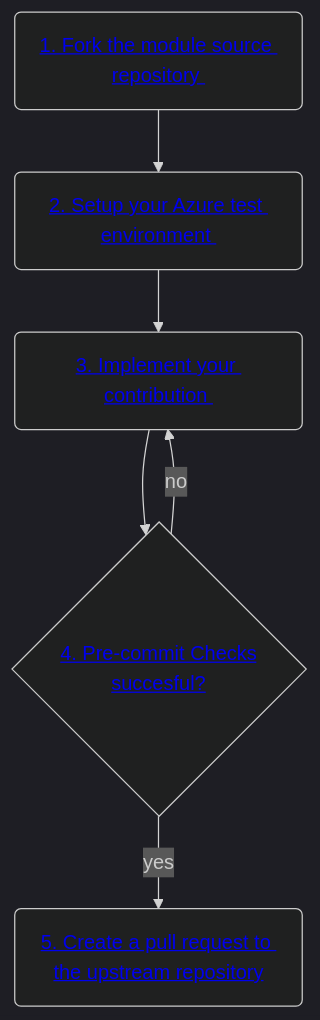
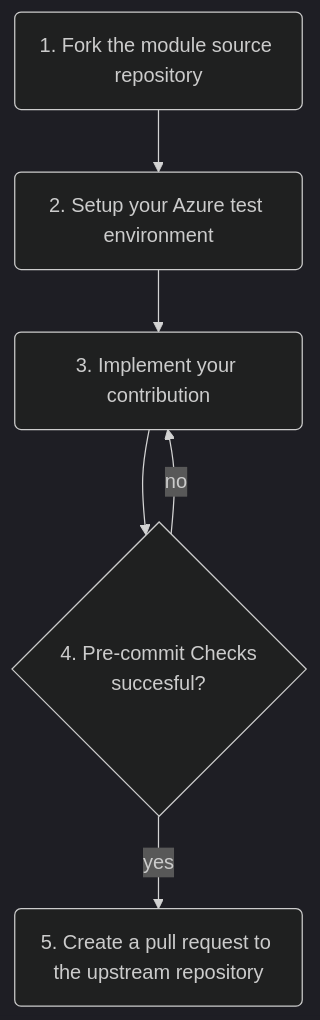
The first of 2 diagrams in docs/content/contributing/terraform/terraform-contribution-flow/_index.md (Azure/Azure-Verified-Modules), drawn with Mermaid (dark theme) before and after one commit. The commit also changed other lines of this file and 2 other files, not shown here.

Commit message:
fixing links in mermaid diagrams

```diff
--- a/docs/content/contributing/terraform/terraform-contribution-flow/_index.md
+++ b/docs/content/contributing/terraform/terraform-contribution-flow/_index.md
@@ -12,13 +12,18 @@
 {{< mermaid class="text-center" >}}
 flowchart TD
-A(<a href='/Azure-Verified-Modules/contributing/terraform/terraform-contribution-flow/#1-fork-the-module-source-repository'>1. Fork the module source repository </a>)
-B(<a href='/Azure-Verified-Modules/contributing/terraform/terraform-contribution-flow/#3-setup-your-azure-test-environment'>2. Setup your Azure test environment </a>)
-C(<a href='/Azure-Verified-Modules/contributing/terraform/terraform-contribution-flow/#5-implement-your-contribution'>3. Implement your contribution </a>)
-D{<a href='/Azure-Verified-Modules/contributing/terraform/terraform-contribution-flow/#6-run-pre-commit-checks'>4. Pre-commit Checks <br> succesful?</a>}
-E(<a href='/Azure-Verified-Modules/contributing/terraform/terraform-contribution-flow/#7-create-a-pull-request-to-the-upstream-repository'>5. Create a pull request to the upstream repository</a>)
+A(1. Fork the module source repository)
+  click A "/Azure-Verified-Modules/contributing/terraform/terraform-contribution-flow/#1-fork-the-module-source-repository"
+B(2. Setup your Azure test environment)
+  click B "/Azure-Verified-Modules/contributing/terraform/terraform-contribution-flow/#2-prepare-your-azure-test-environment"
+C(3. Implement your contribution)
+  click C "/Azure-Verified-Modules/contributing/terraform/terraform-contribution-flow/#3-implement-your-contribution"
+D{4. Pre-commit Checks <br> succesful?}
+  click D "/Azure-Verified-Modules/contributing/terraform/terraform-contribution-flow/#4-run-pre-commit-checks"
+E(5. Create a pull request to the upstream repository)
+  click E "/Azure-Verified-Modules/contributing/terraform/terraform-contribution-flow/#5-create-a-pull-request-to-the-upstream-repository"
 A --> B
 B --> C
 C --> D
 D -->|yes|E
 D -->|no|C
 {{< /mermaid >}}
```
